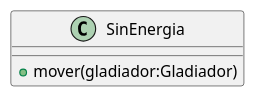
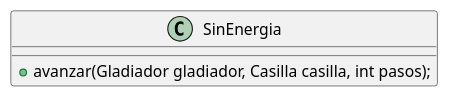
The diagram in diagrams/clases/estado/clase_sinEnergia.plantuml (mcumskov/Algo3_tp2), drawn with PlantUML before and after one commit. The commit also changed 32 other files, not shown here.

Commit message:
refactor casilla, actualizacion de los diagramas de clases

```diff
--- a/diagrams/clases/estado/clase_sinEnergia.plantuml
+++ b/diagrams/clases/estado/clase_sinEnergia.plantuml
@@ -1,5 +1,5 @@
 @startuml
 class SinEnergia {
-    + mover(gladiador:Gladiador)
+    + avanzar(Gladiador gladiador, Casilla casilla, int pasos);
 }
 @enduml
```
